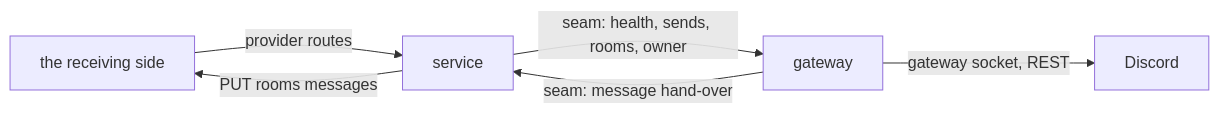
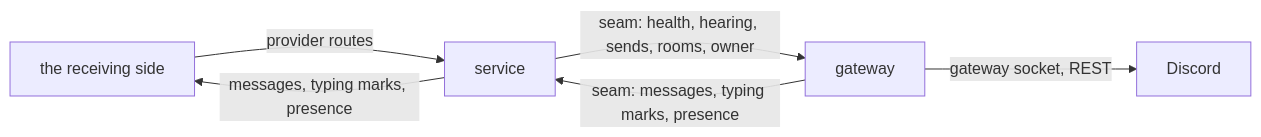
Before and after one commit to ahas/bmo-discord: the diagram in docs/boundary-api.md, drawn with Mermaid. The commit also changed other lines of this file and 26 other files, not shown here.

````diff
--- a/docs/boundary-api.md
+++ b/docs/boundary-api.md
@@ -18,8 +18,8 @@
 ```mermaid
 flowchart LR
   Rx[the receiving side] -->|provider routes| S[service]
-  S -->|PUT rooms messages| Rx
-  S -->|seam: health, sends, rooms, owner| G[gateway]
-  G -->|seam: message hand-over| S
+  S -->|messages, typing marks, presence| Rx
+  S -->|seam: health, hearing, sends, rooms, owner| G[gateway]
+  G -->|seam: messages, typing marks, presence| S
   G -->|gateway socket, REST| DC[Discord]
 ```
````
